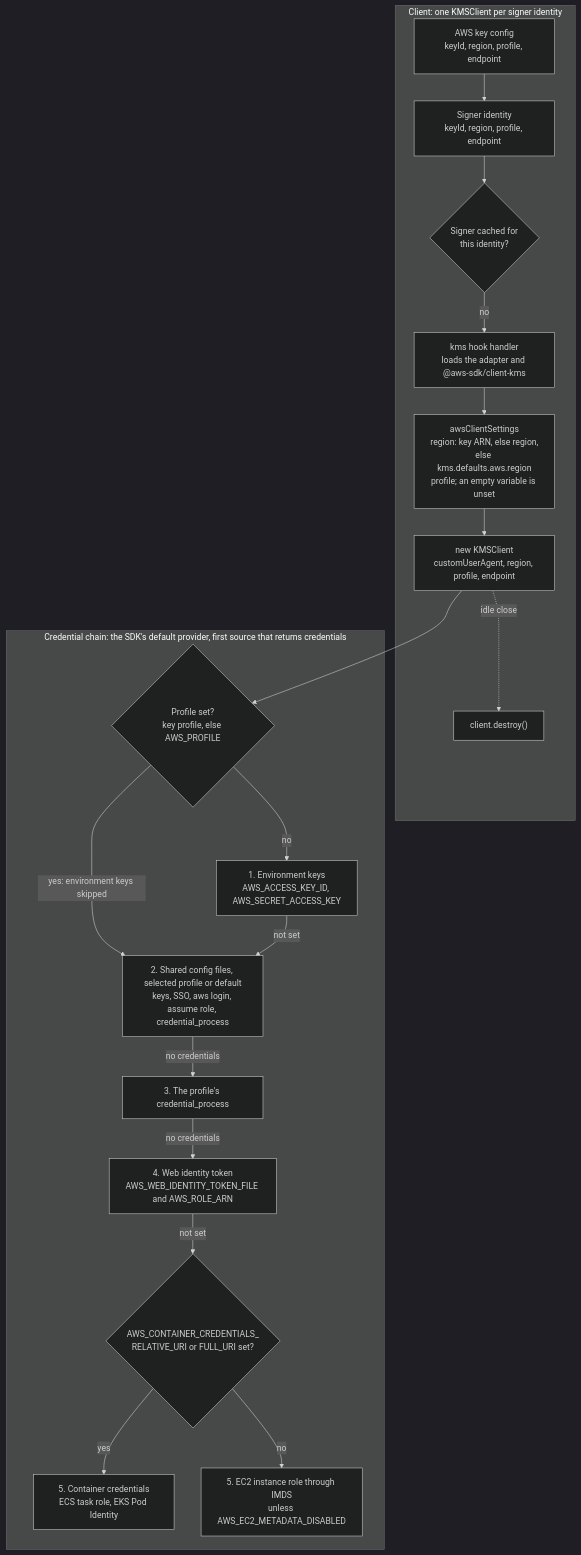
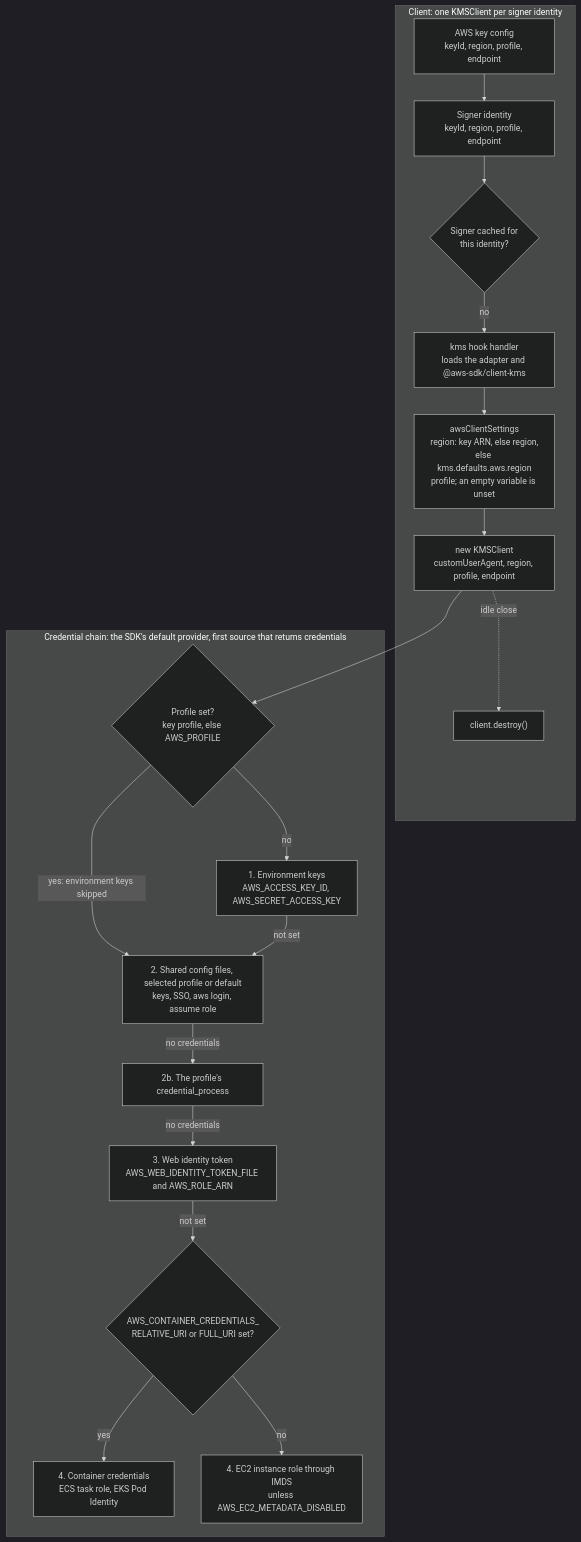
One commit to aelmanaa/hardhat-kms changed the fifth of 7 diagrams in docs/contributor/architecture.md. Above: the diagram before and after it, drawn with Mermaid (dark theme). The commit also changed other lines of this file and 2 other files, not shown here.

Commit message:
docs: define credential terms and align source numbers
Define "set up", ADC and OIDC on the cloud-access page, rename the
long-lived secret setup, and list every variable that beats az login
on a laptop. Number the AWS chain on the architecture page as the user
page does, add the history-to-signer import to the module map, and
clarify the managed identity node and the Mermaid check's GitHub scope.

````diff
--- a/docs/contributor/architecture.md
+++ b/docs/contributor/architecture.md
@@ -333,23 +334,23 @@
 ```mermaid
 flowchart TD
   subgraph build["Client: one KMSClient per signer identity"]
     key["AWS key config<br/>keyId, region, profile, endpoint"] --> identity["Signer identity<br/>keyId, region, profile, endpoint"]
     identity --> cached{"Signer cached for<br/>this identity?"}
     cached -->|no| handler["kms hook handler<br/>loads the adapter and @aws-sdk/client-kms"]
     handler --> settings["awsClientSettings<br/>region: key ARN, else region,<br/>else kms.defaults.aws.region<br/>profile; an empty variable is unset"]
     settings --> client["new KMSClient<br/>customUserAgent, region, profile, endpoint"]
     client -.->|idle close| destroy["client.destroy()"]
   end
   client --> profile
   subgraph chain["Credential chain: the SDK's default provider, first source that returns credentials"]
     profile{"Profile set?<br/>key profile, else AWS_PROFILE"}
     profile -->|no| env["1. Environment keys<br/>AWS_ACCESS_KEY_ID, AWS_SECRET_ACCESS_KEY"]
     profile -->|"yes: environment keys skipped"| ini
-    env -->|not set| ini["2. Shared config files, selected profile or default<br/>keys, SSO, aws login, assume role, credential_process"]
-    ini -->|no credentials| proc["3. The profile's credential_process"]
-    proc -->|no credentials| web["4. Web identity token<br/>AWS_WEB_IDENTITY_TOKEN_FILE and AWS_ROLE_ARN"]
+    env -->|not set| ini["2. Shared config files, selected profile or default<br/>keys, SSO, aws login, assume role"]
+    ini -->|no credentials| proc["2b. The profile's credential_process"]
+    proc -->|no credentials| web["3. Web identity token<br/>AWS_WEB_IDENTITY_TOKEN_FILE and AWS_ROLE_ARN"]
     web -->|not set| container{"AWS_CONTAINER_CREDENTIALS_<br/>RELATIVE_URI or FULL_URI set?"}
-    container -->|yes| ecs["5. Container credentials<br/>ECS task role, EKS Pod Identity"]
-    container -->|no| imds["5. EC2 instance role through IMDS<br/>unless AWS_EC2_METADATA_DISABLED"]
+    container -->|yes| ecs["4. Container credentials<br/>ECS task role, EKS Pod Identity"]
+    container -->|no| imds["4. EC2 instance role through IMDS<br/>unless AWS_EC2_METADATA_DISABLED"]
   end
 ```
````
